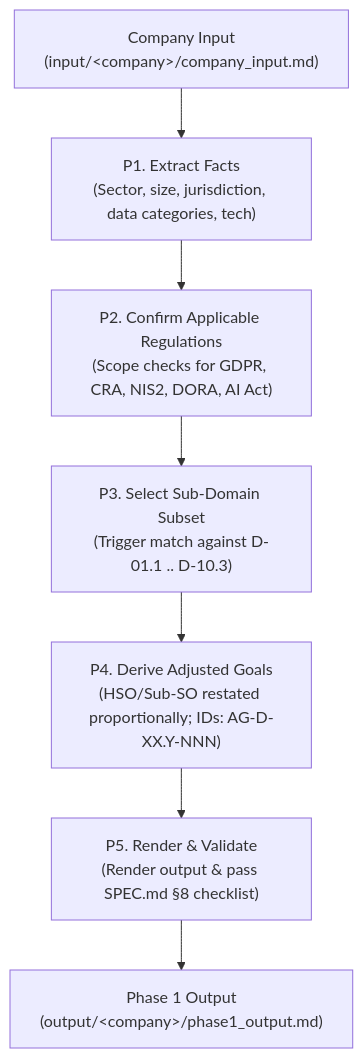
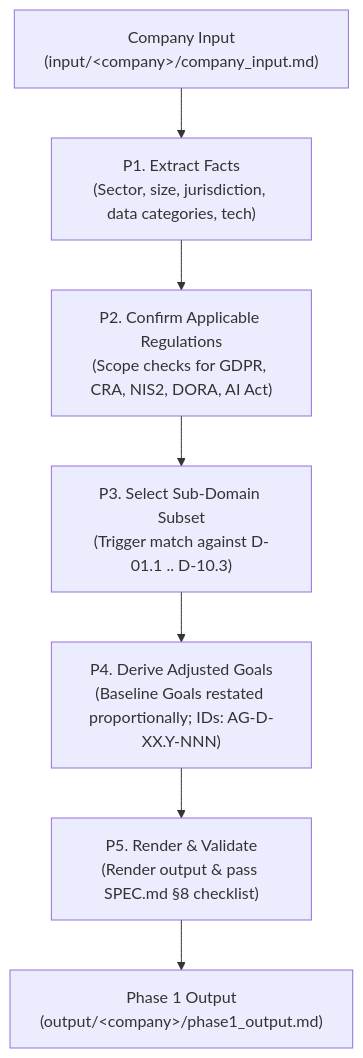
The diagram in AGENTS.md (pauloribeiro16/aegis-mvp), drawn with Mermaid before and after one commit. The commit also changed other lines of this file and 17 other files, not shown here.

````diff
--- a/AGENTS.md
+++ b/AGENTS.md
@@ -95,9 +95,9 @@
 ```mermaid
 flowchart TD
     In["Company Input<br>(input/&lt;company&gt;/company_input.md)"] --> P1["P1. Extract Facts<br>(Sector, size, jurisdiction, data categories, tech)"]
     P1 --> P2["P2. Confirm Applicable Regulations<br>(Scope checks for GDPR, CRA, NIS2, DORA, AI Act)"]
     P2 --> P3["P3. Select Sub-Domain Subset<br>(Trigger match against D-01.1 .. D-10.3)"]
-    P3 --> P4["P4. Derive Adjusted Goals<br>(HSO/Sub-SO restated proportionally; IDs: AG-D-XX.Y-NNN)"]
+    P3 --> P4["P4. Derive Adjusted Goals<br>(Baseline Goals restated proportionally; IDs: AG-D-XX.Y-NNN)"]
     P4 --> P5["P5. Render & Validate<br>(Render output & pass SPEC.md §8 checklist)"]
     P5 --> Out["Phase 1 Output<br>(output/&lt;company&gt;/phase1_output.md)"]
 ```
````
